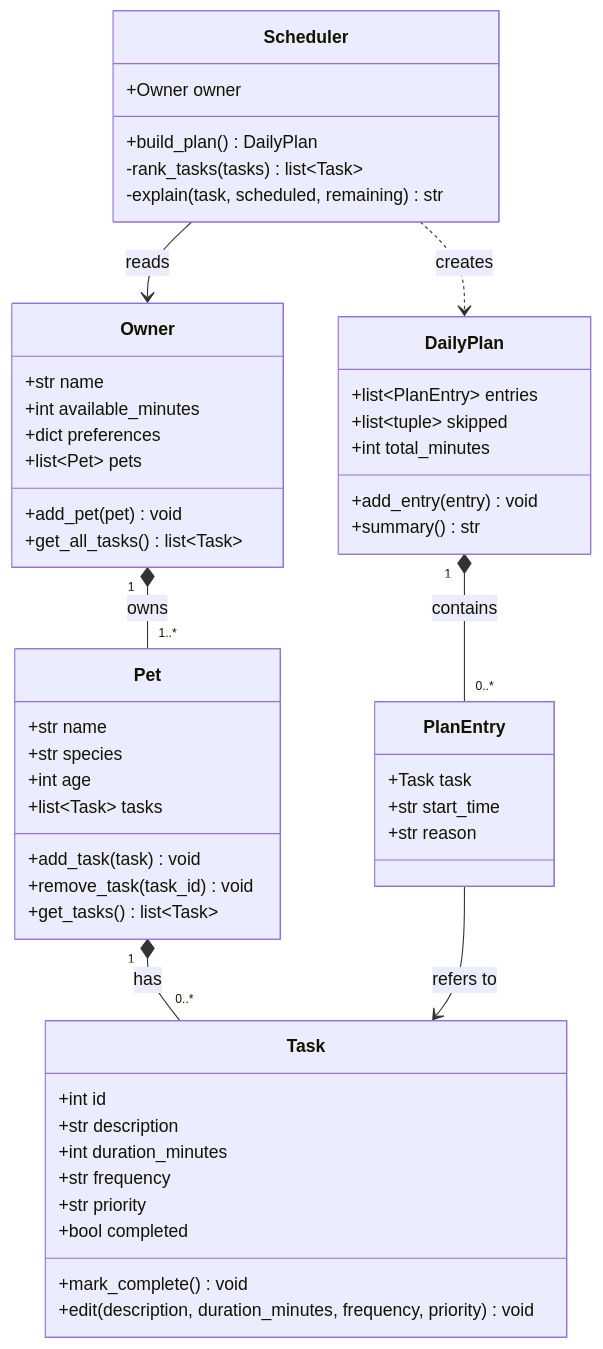
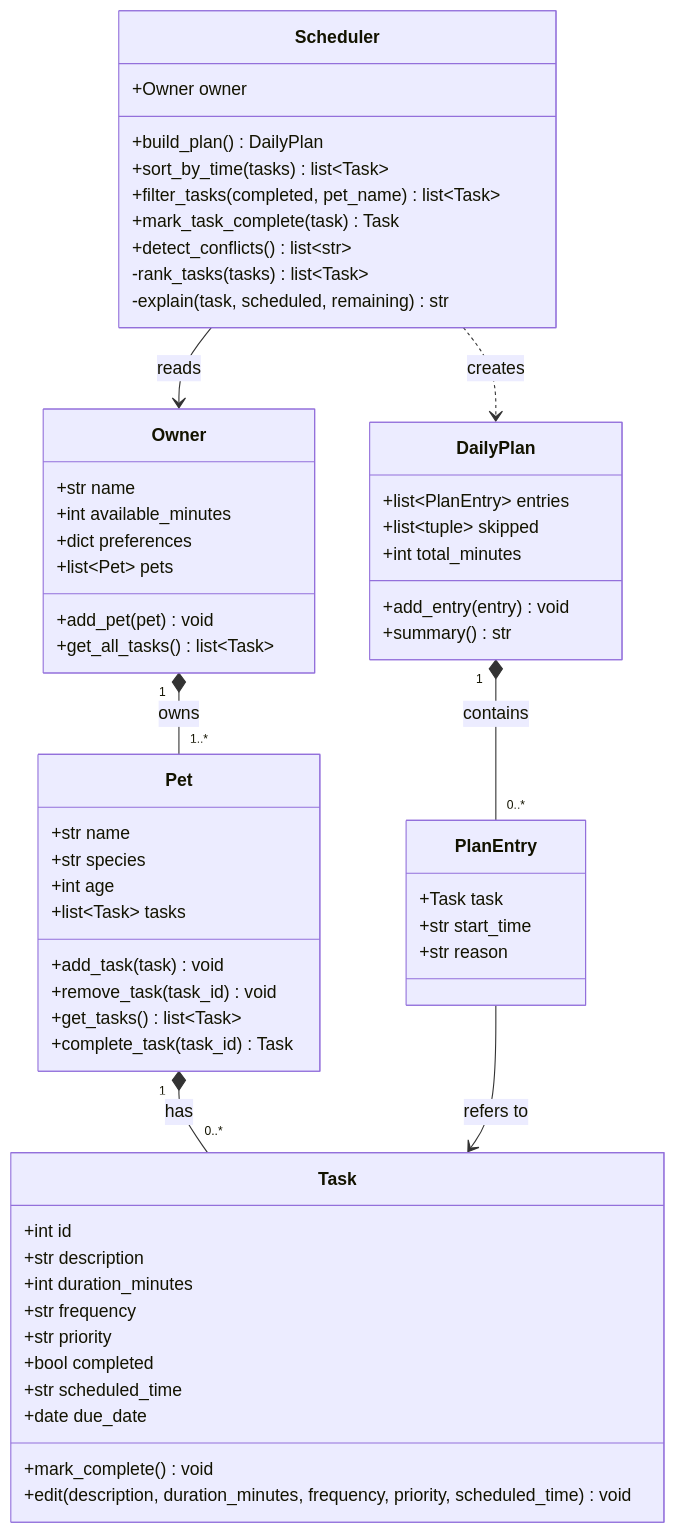
One commit to hassan47khan/ai110-module2show-pawpal-starter changed the diagram in diagrams/uml.mmd. Above: the diagram before and after it, drawn with Mermaid. The commit also changed 4 other files, not shown here.

```diff
--- a/diagrams/uml.mmd
+++ b/diagrams/uml.mmd
@@ -1,58 +1,65 @@
 classDiagram
     class Owner {
         +str name
         +int available_minutes
         +dict preferences
         +list~Pet~ pets
         +add_pet(pet) void
         +get_all_tasks() list~Task~
     }
 
     class Pet {
         +str name
         +str species
         +int age
         +list~Task~ tasks
         +add_task(task) void
         +remove_task(task_id) void
         +get_tasks() list~Task~
+        +complete_task(task_id) Task
     }
 
     class Task {
         +int id
         +str description
         +int duration_minutes
         +str frequency
         +str priority
         +bool completed
+        +str scheduled_time
+        +date due_date
         +mark_complete() void
-        +edit(description, duration_minutes, frequency, priority) void
+        +edit(description, duration_minutes, frequency, priority, scheduled_time) void
     }
 
     class Scheduler {
         +Owner owner
         +build_plan() DailyPlan
+        +sort_by_time(tasks) list~Task~
+        +filter_tasks(completed, pet_name) list~Task~
+        +mark_task_complete(task) Task
+        +detect_conflicts() list~str~
         -rank_tasks(tasks) list~Task~
         -explain(task, scheduled, remaining) str
     }
 
     class DailyPlan {
         +list~PlanEntry~ entries
         +list~tuple~ skipped
         +int total_minutes
         +add_entry(entry) void
         +summary() str
     }
 
     class PlanEntry {
         +Task task
         +str start_time
         +str reason
     }
 
     Owner "1" *-- "1..*" Pet : owns
     Pet "1" *-- "0..*" Task : has
     Scheduler --> Owner : reads
     Scheduler ..> DailyPlan : creates
     DailyPlan "1" *-- "0..*" PlanEntry : contains
     PlanEntry --> Task : refers to
```
